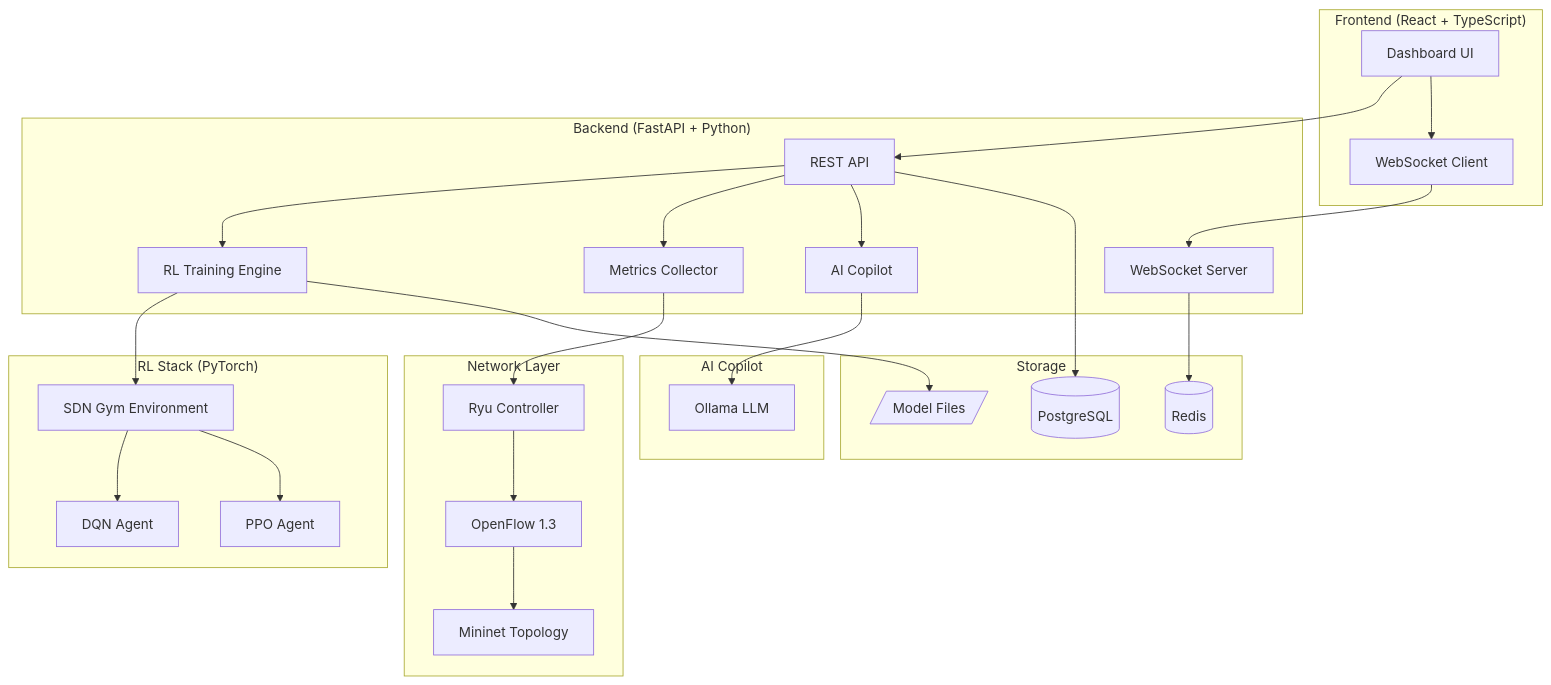
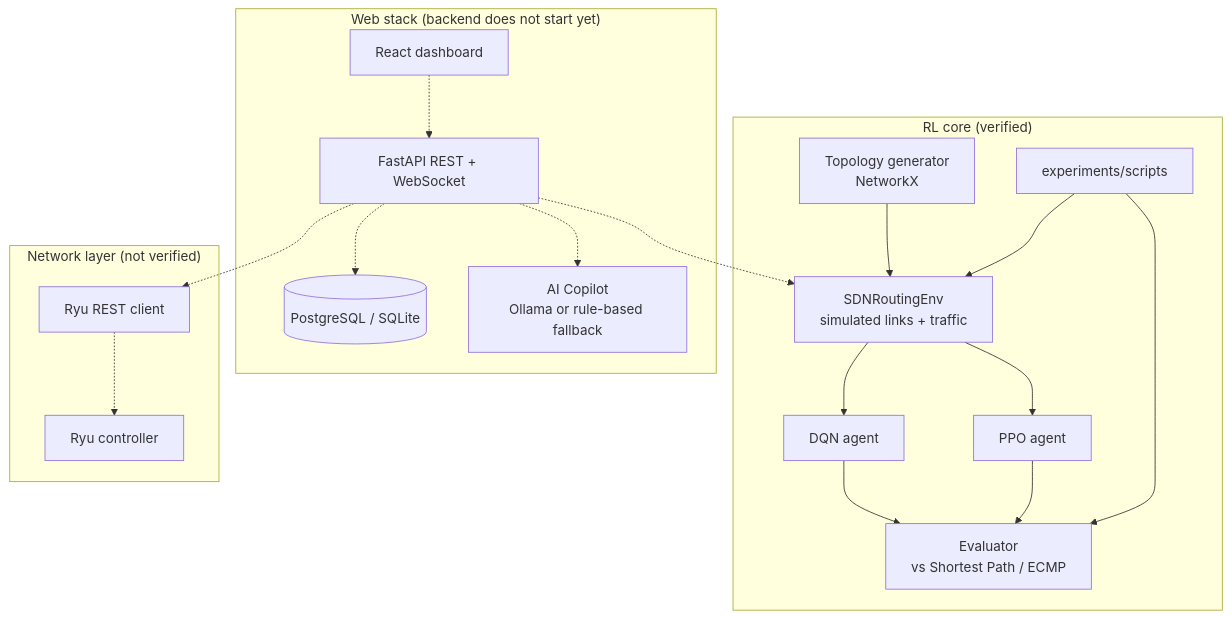
One commit to amirhosseinkho/RL-SDN-Traffic-Engineering changed the diagram in README.md. Above: the diagram before and after it, drawn with Mermaid. The commit also changed other lines of this file and 3 other files, not shown here.

````diff
--- a/README.md
+++ b/README.md
@@ -14,54 +37,38 @@
 ```mermaid
 graph TB
-    subgraph Frontend["Frontend (React + TypeScript)"]
-        UI[Dashboard UI]
-        WS[WebSocket Client]
+    subgraph RL["RL core (verified)"]
+        TOPO[Topology generator<br/>NetworkX]
+        ENV[SDNRoutingEnv<br/>simulated links + traffic]
+        DQN[DQN agent]
+        PPO[PPO agent]
+        EVAL[Evaluator<br/>vs Shortest Path / ECMP]
+        SCRIPTS[experiments/scripts]
     end
 
-    subgraph Backend["Backend (FastAPI + Python)"]
-        API[REST API]
-        WSS[WebSocket Server]
-        RL[RL Training Engine]
-        MON[Metrics Collector]
-        COP[AI Copilot]
+    subgraph Web["Web stack (backend does not start yet)"]
+        UI[React dashboard]
+        API[FastAPI REST + WebSocket]
+        DB[(PostgreSQL / SQLite)]
+        COP[AI Copilot<br/>Ollama or rule-based fallback]
     end
 
-    subgraph RL_Stack["RL Stack (PyTorch)"]
-        ENV[SDN Gym Environment]
-        DQN[DQN Agent]
-        PPO[PPO Agent]
+    subgraph Net["Network layer (not verified)"]
+        RYUC[Ryu REST client]
+        RYU[Ryu controller]
     end
 
-    subgraph Network["Network Layer"]
-        RYU[Ryu Controller]
-        OF[OpenFlow 1.3]
-        MN[Mininet Topology]
-    end
-
-    subgraph Storage["Storage"]
-        PG[(PostgreSQL)]
-        RD[(Redis)]
-        MD[/Model Files/]
-    end
-
-    subgraph AI["AI Copilot"]
-        OL[Ollama LLM]
-    end
-
-    UI --> API
-    UI --> WS
-    WS --> WSS
-    API --> RL
-    API --> MON
-    API --> COP
-    RL --> ENV
+    TOPO --> ENV
     ENV --> DQN
     ENV --> PPO
-    MON --> RYU
-    RYU --> OF
-    OF --> MN
-    API --> PG
-    RL --> MD
-    WSS --> RD
-    COP --> OL
+    DQN --> EVAL
+    PPO --> EVAL
+    SCRIPTS --> ENV
+    SCRIPTS --> EVAL
+
+    UI -.-> API
+    API -.-> ENV
+    API -.-> DB
+    API -.-> COP
+    API -.-> RYUC
+    RYUC -.-> RYU
 ```
````
